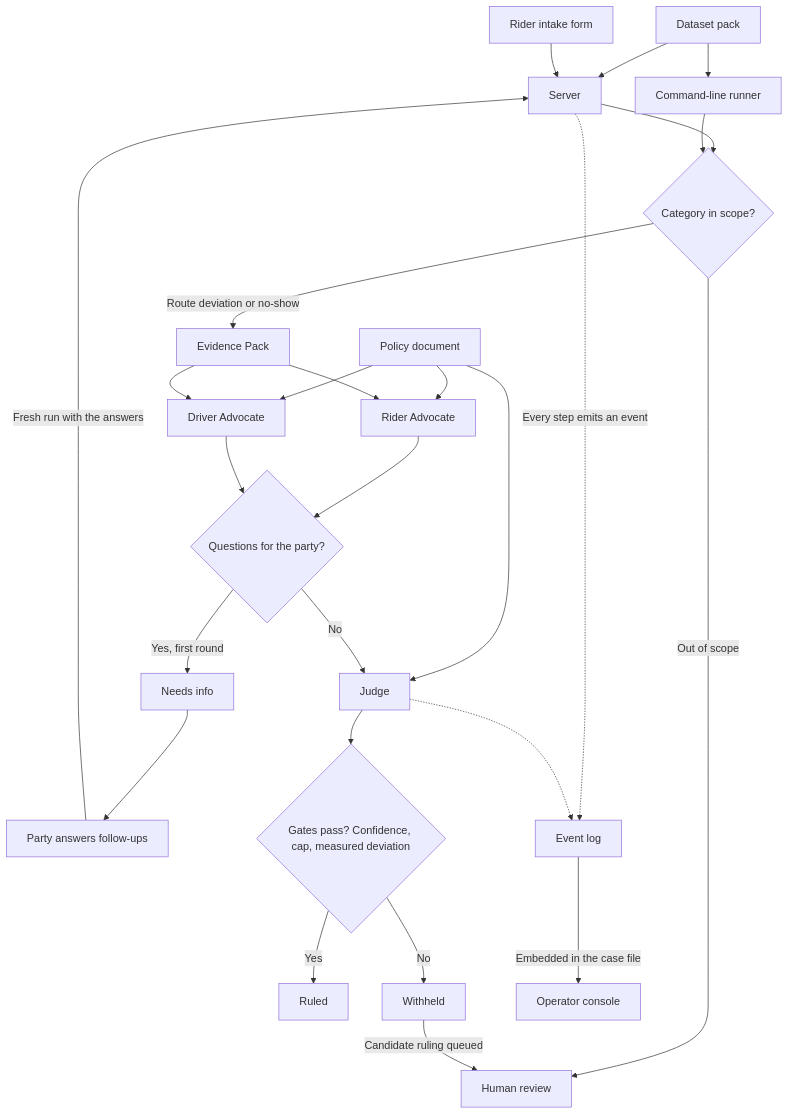
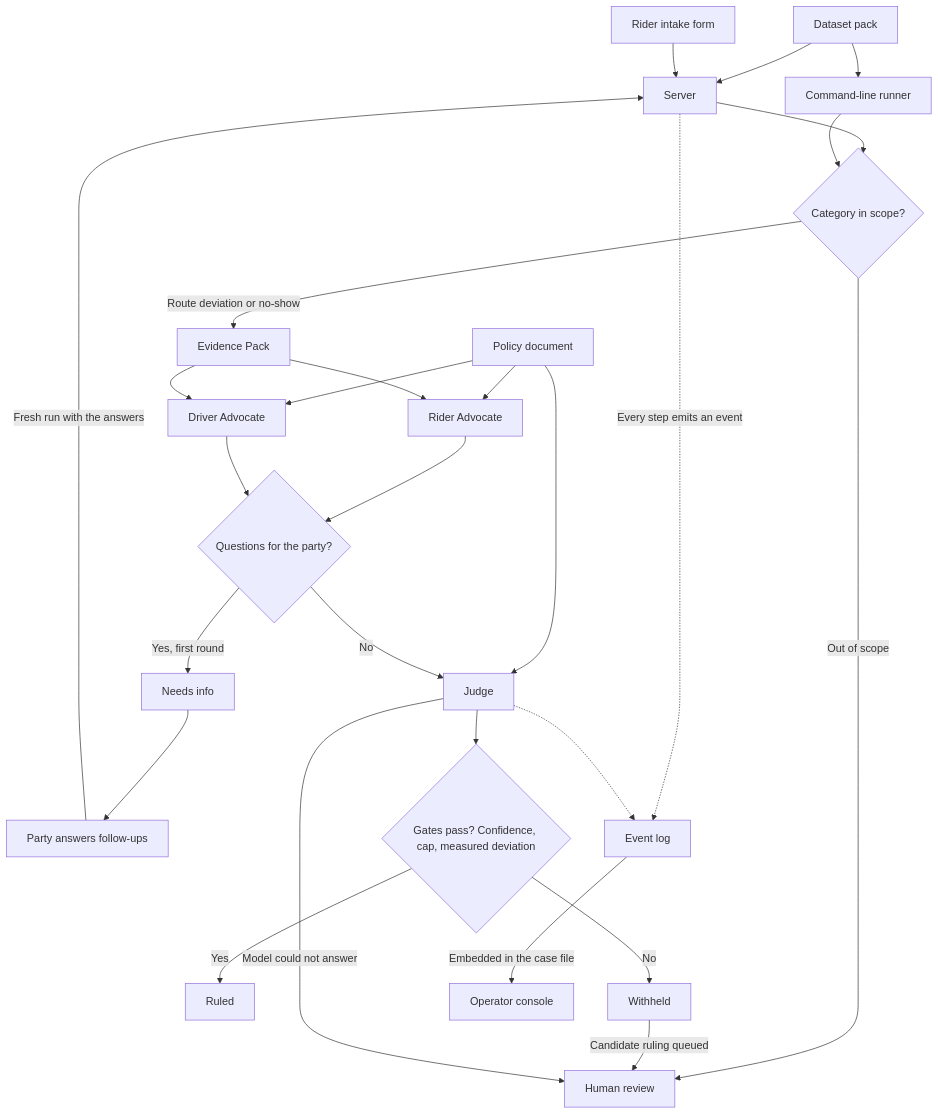
The diagram in README.md (hermicaduceus/ryde-dispute-resolution-submission), drawn with Mermaid before and after one commit. The commit also changed 16 other files, not shown here.

````diff
--- a/README.md
+++ b/README.md
@@ -38,28 +38,29 @@
 ```mermaid
 flowchart TD
     PACK["Dataset pack"] --> B["Server"]
     PACK --> CL["Command-line runner"]
     A["Rider intake form"] --> B
     B --> C{"Category in scope?"}
     CL --> C
     C -- "Out of scope" --> H["Human review"]
     C -- "Route deviation or no-show" --> E["Evidence Pack"]
     POL["Policy document"] --> RA["Rider Advocate"]
     POL --> DA["Driver Advocate"]
     POL --> J["Judge"]
     E --> RA
     E --> DA
     RA --> S{"Questions for the party?"}
     DA --> S
     S -- "Yes, first round" --> O4["Needs info"]
     O4 --> PA["Party answers follow-ups"]
     PA -- "Fresh run with the answers" --> B
     S -- "No" --> J
     J --> G{"Gates pass? Confidence, cap, measured deviation"}
     G -- "Yes" --> O1["Ruled"]
     G -- "No" --> O2["Withheld"]
     O2 -- "Candidate ruling queued" --> H
+    J -- "Model could not answer" --> H
     B -. "Every step emits an event" .-> L["Event log"]
     J -.-> L
     L -- "Embedded in the case file" --> K["Operator console"]
 ```
````
